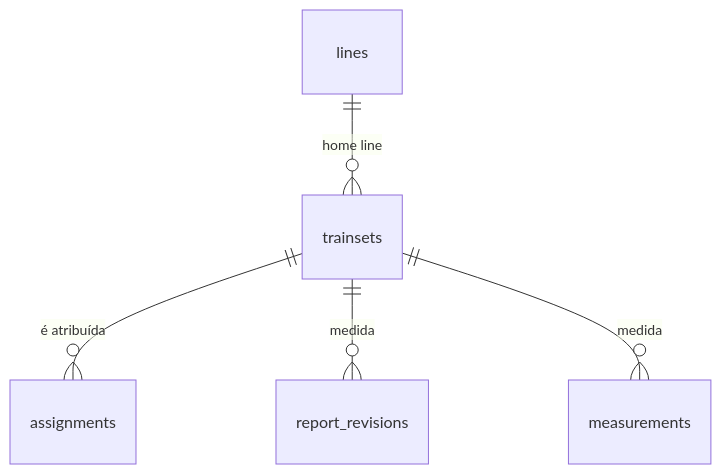
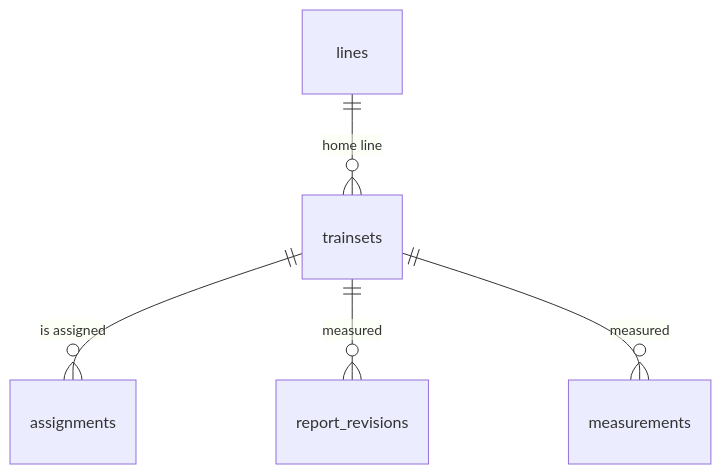
Before and after one commit to denysbp/Railtrace: the fifth of 17 diagrams in docs/schema.md, drawn with Mermaid. The commit also changed other lines of this file and 64 other files, not shown here.

````diff
--- a/docs/schema.md
+++ b/docs/schema.md
@@ -207,7 +207,7 @@
 ```mermaid
 erDiagram
     lines ||--o{ trainsets : "home line"
-    trainsets ||--o{ assignments : "é atribuída"
-    trainsets ||--o{ report_revisions : "medida"
-    trainsets ||--o{ measurements : "medida"
+    trainsets ||--o{ assignments : "is assigned"
+    trainsets ||--o{ report_revisions : "measured"
+    trainsets ||--o{ measurements : "measured"
 ```
````
